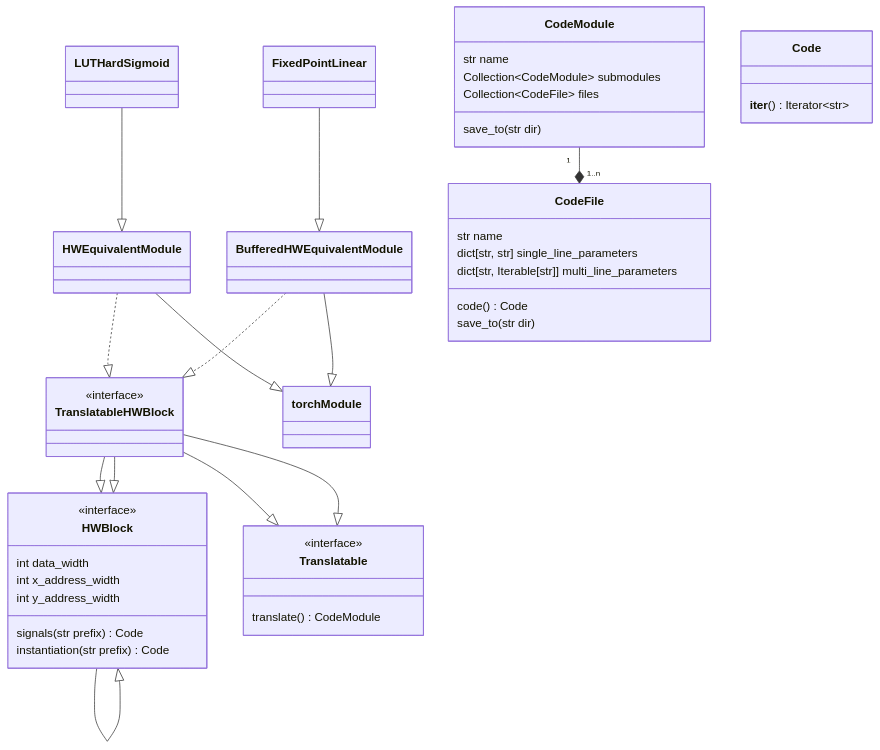
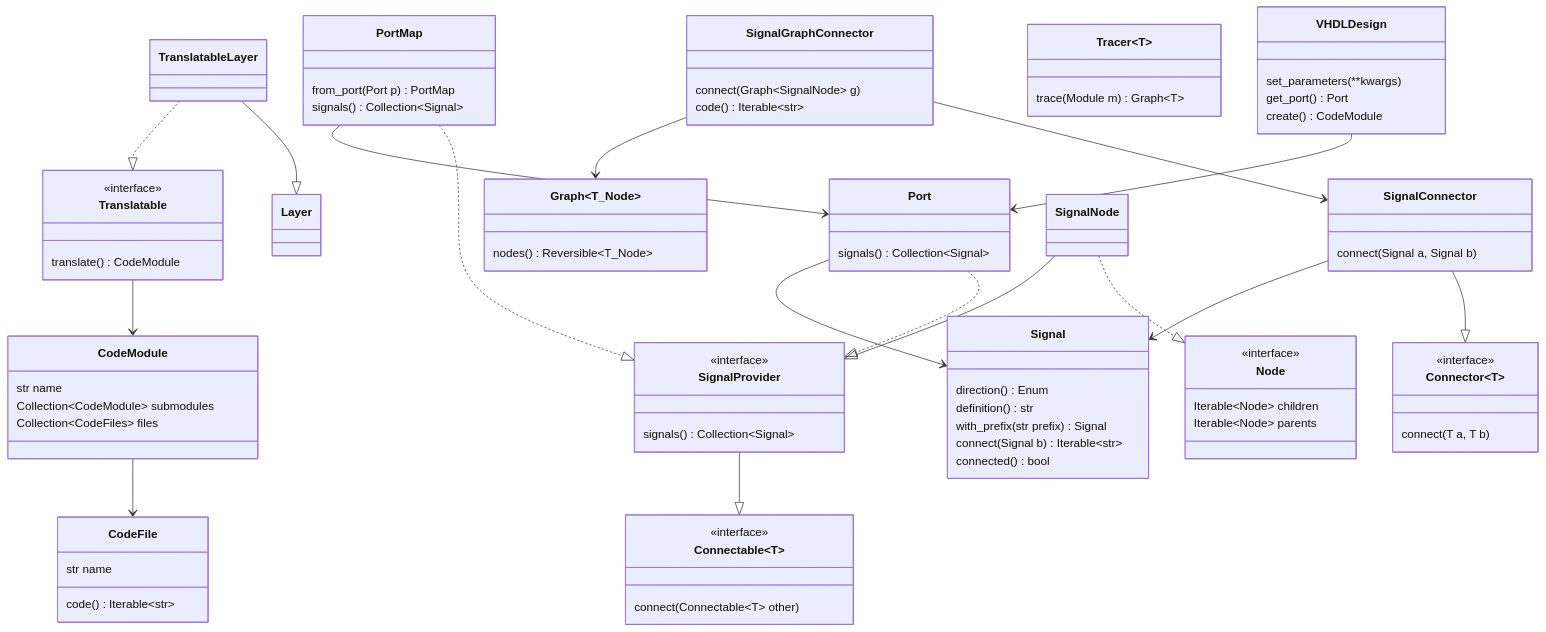
One commit to es-ude/elastic-ai.creator changed the diagram in elasticai/creator/vhdl/design.md. Above: the diagram before and after it, drawn with Mermaid. The commit also changed other lines of this file and 40 other files, not shown here.

````diff
--- a/elasticai/creator/vhdl/design.md
+++ b/elasticai/creator/vhdl/design.md
@@ -2,52 +4,98 @@
 ```mermaid
 classDiagram
-  class HWBlock {
-    int data_width
-    signals(str prefix) Code
-    instantiation(str prefix) Code
-  }
-  
-  class Translatable {
-    translate() CodeModule
-  }
-  
-  <<interface>> Translatable
-  <<interface>> HWBlock
-  
-  class HWEquivalentModule
-  HWEquivalentModule ..|> TranslatableHWBlock
-  HWEquivalentModule --|> torchModule
-  BufferedHWEquivalentModule ..|> TranslatableHWBlock
-  BufferedHWEquivalentModule --|> torchModule
-  class HWBlock {
-    int x_address_width
-    int y_address_width
-  }
-  HWBlock --|> HWBlock
-  TranslatableHWBlock --|> HWBlock
-  TranslatableHWBlock --|> Translatable
-  TranslatableHWBlock --|> HWBlock
-  TranslatableHWBlock --|> Translatable
-  FixedPointLinear --|> BufferedHWEquivalentModule
-  LUTHardSigmoid --|> HWEquivalentModule
-  
-  <<interface>> TranslatableHWBlock
-  <<interface>> TranslatableHWBlock
-  <<interface>> HWBlock
-  CodeModule "1" --* "1..n" CodeFile
-  CodeModule: str name
-  CodeModule: save_to(str dir)
-  CodeModule: Collection~CodeModule~ submodules
-  CodeModule: Collection~CodeFile~ files
-  class CodeFile {
-    str name
-    dict[str, str] single_line_parameters
-    dict[str, Iterable[str]] multi_line_parameters
-    code() Code
-    save_to(str dir)
-  }
-  class Code {
-    __iter__() Iterator~str~
-  }
+   class TranslatableLayer
+   TranslatableLayer --|> Layer
+   TranslatableLayer ..|> Translatable
+   Translatable --> CodeModule
+   class Translatable {
+     translate() CodeModule
+   }
+   class CodeModule {
+     str name
+     Collection~CodeModule~ submodules
+     Collection~CodeFiles~ files
+   }
+   class CodeFile {
+     str name
+     code() Iterable~str~
+   }
+   CodeModule --> CodeFile
+   <<interface>> Translatable
+   class Connectable~T~ {
+     connect(Connectable~T~ other)
+   }
+   <<interface>> Connectable
+
+   VHDLDesign --> Port
+
+   class SignalProvider {
+     signals() Collection~Signal~
+   }
+   <<interface>> SignalProvider
+   SignalProvider --|> Connectable
+   class Port {
+     signals() Collection~Signal~
+   }
+
+   class PortMap {
+     from_port(Port p) PortMap
+     signals() Collection~Signal~
+   }
+
+   Port ..|> SignalProvider
+   PortMap ..|> SignalProvider
+   PortMap --> Port
+   class VHDLDesign {
+     set_parameters(**kwargs)
+     get_port() Port
+     create() CodeModule
+   }
+
+   class Tracer~T~ {
+     trace(Module m) Graph~T~
+   }
+
+   class Connector~T~ {
+     connect(T a, T b)
+   }
+   <<interface>> Connector
+   class Signal {
+     direction() Enum
+     definition() str
+     with_prefix(str prefix) Signal
+     connect(Signal b) Iterable~str~
+     connected() bool
+   }
+
+   class SignalConnector {
+     connect(Signal a, Signal b)
+   }
+
+   class SignalGraphConnector {
+     connect(Graph~SignalNode~ g)
+     code() Iterable~str~
+   }
+
+   class Graph~T_Node~ {
+     nodes() Reversible~T_Node~
+   }
+
+   SignalGraphConnector --> SignalConnector
+   SignalGraphConnector --> Graph
+   class Node {
+     Iterable~Node~ children
+     Iterable~Node~ parents
+   }
+
+   <<interface>> Node
+
+   SignalNode ..|> Node
+   SignalNode --|> SignalProvider
+
+   SignalConnector --|> Connector
+   SignalConnector --> Signal
+   Port --> Signal
+
+
 
 ```
````
